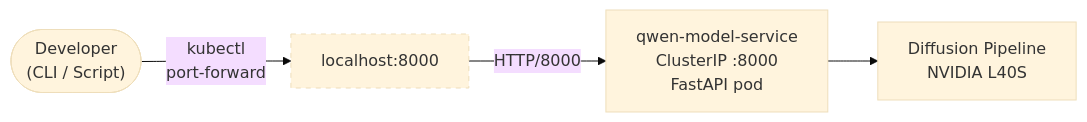
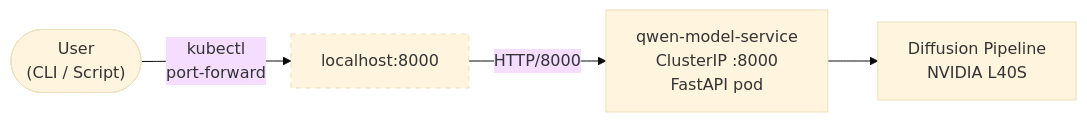
The third of 6 diagrams in README.md (garystafford/qwen-image-edit-2511-eks-react), drawn with Mermaid (base theme) before and after one commit.

Commit message:
Fix batch processing diagram actor from Developer to User
Batch processing is a primary function of the application, not a
developer tool. The diagram actor should reflect this.

````diff
--- a/README.md
+++ b/README.md
@@ -58,8 +58,8 @@
 ```mermaid
 graph LR
-    Dev(["Developer<br/>(CLI / Script)"]) -->|"kubectl<br/>port-forward"| PF["localhost:8000"]
+    User(["User<br/>(CLI / Script)"]) -->|"kubectl<br/>port-forward"| PF["localhost:8000"]
     PF -->|"HTTP/8000"| Model["qwen-model-service<br/>ClusterIP :8000<br/>FastAPI pod"]
     Model --> GPU["Diffusion Pipeline<br/>NVIDIA L40S"]
 
     style PF stroke-dasharray: 5 5
 ```
````
